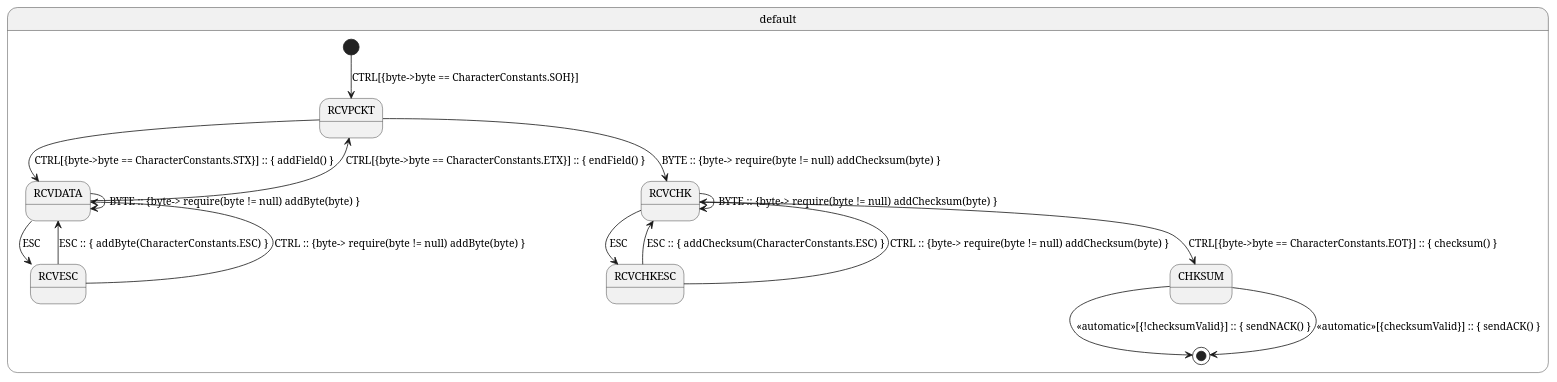
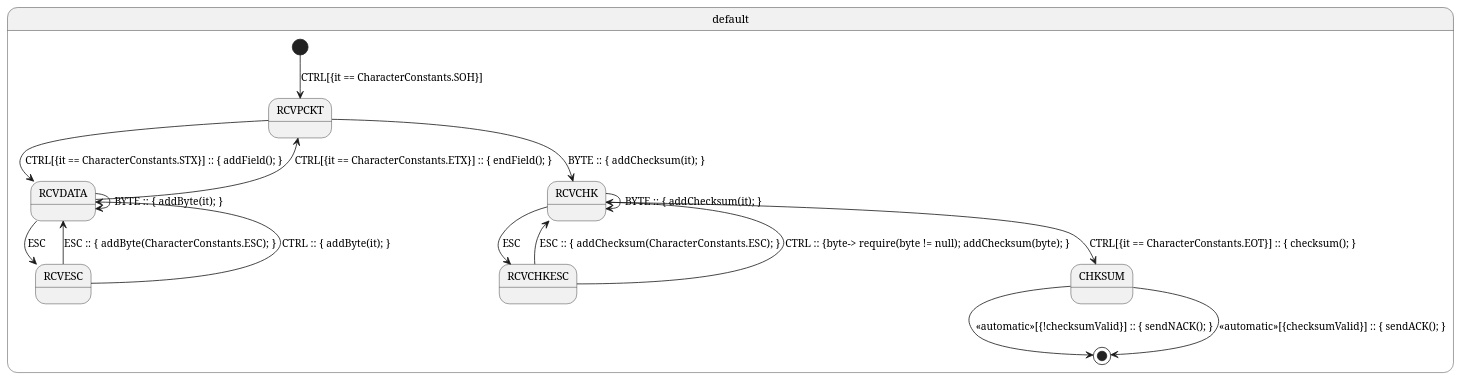
Before and after one commit to open-jumpco/kfsm-viz: the diagram in generated-parsed/packet-reader.plantuml, drawn with PlantUML. The commit also changed 17 other files, not shown here.

```diff
--- a/generated-parsed/packet-reader.plantuml
+++ b/generated-parsed/packet-reader.plantuml
@@ -1,19 +1,19 @@
 @startuml
 state default {
-[*] --> RCVPCKT : CTRL[{byte->byte == CharacterConstants.SOH}]
-RCVPCKT --> RCVDATA : CTRL[{byte->byte == CharacterConstants.STX}] :: {  addField()  }
-RCVPCKT --> RCVCHK : BYTE :: {byte->  require(byte != null)  addChecksum(byte)  }
-RCVDATA --> RCVDATA : BYTE :: {byte->  require(byte != null)  addByte(byte)  }
-RCVDATA --> RCVPCKT : CTRL[{byte->byte == CharacterConstants.ETX}] :: {  endField()  }
+[*] --> RCVPCKT : CTRL[{it == CharacterConstants.SOH}]
+RCVPCKT --> RCVDATA : CTRL[{it == CharacterConstants.STX}] :: {  addField();  }
+RCVPCKT --> RCVCHK : BYTE :: {  addChecksum(it);  }
+RCVDATA --> RCVDATA : BYTE :: {  addByte(it);  }
+RCVDATA --> RCVPCKT : CTRL[{it == CharacterConstants.ETX}] :: {  endField();  }
 RCVDATA --> RCVESC : ESC
-RCVESC --> RCVDATA : ESC :: {  addByte(CharacterConstants.ESC)  }
-RCVESC --> RCVDATA : CTRL :: {byte->  require(byte != null)  addByte(byte)  }
-RCVCHK --> RCVCHK : BYTE :: {byte->  require(byte != null)  addChecksum(byte)  }
+RCVESC --> RCVDATA : ESC :: {  addByte(CharacterConstants.ESC);  }
+RCVESC --> RCVDATA : CTRL :: {  addByte(it);  }
+RCVCHK --> RCVCHK : BYTE :: {  addChecksum(it);  }
 RCVCHK --> RCVCHKESC : ESC
-RCVCHK --> CHKSUM : CTRL[{byte->byte == CharacterConstants.EOT}] :: {  checksum()  }
-CHKSUM --> [*] : <<automatic>>[{!checksumValid}] :: {  sendNACK()  }
-CHKSUM --> [*] : <<automatic>>[{checksumValid}] :: {  sendACK()  }
-RCVCHKESC --> RCVCHK : ESC :: {  addChecksum(CharacterConstants.ESC)  }
-RCVCHKESC --> RCVCHK : CTRL :: {byte->  require(byte != null)  addChecksum(byte)  }
+RCVCHK --> CHKSUM : CTRL[{it == CharacterConstants.EOT}] :: {  checksum();  }
+CHKSUM --> [*] : <<automatic>>[{!checksumValid}] :: {  sendNACK();  }
+CHKSUM --> [*] : <<automatic>>[{checksumValid}] :: {  sendACK();  }
+RCVCHKESC --> RCVCHK : ESC :: {  addChecksum(CharacterConstants.ESC);  }
+RCVCHKESC --> RCVCHK : CTRL :: {byte->  require(byte != null);  addChecksum(byte);  }
 }
 @enduml
```
